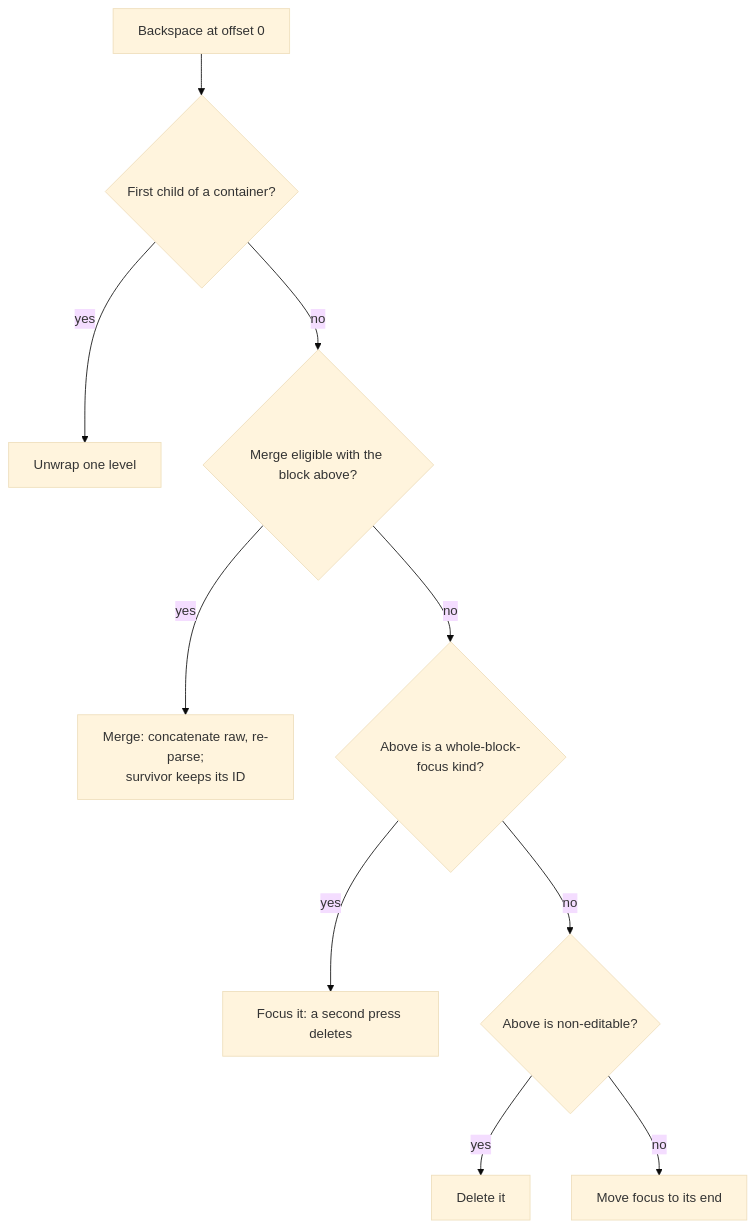
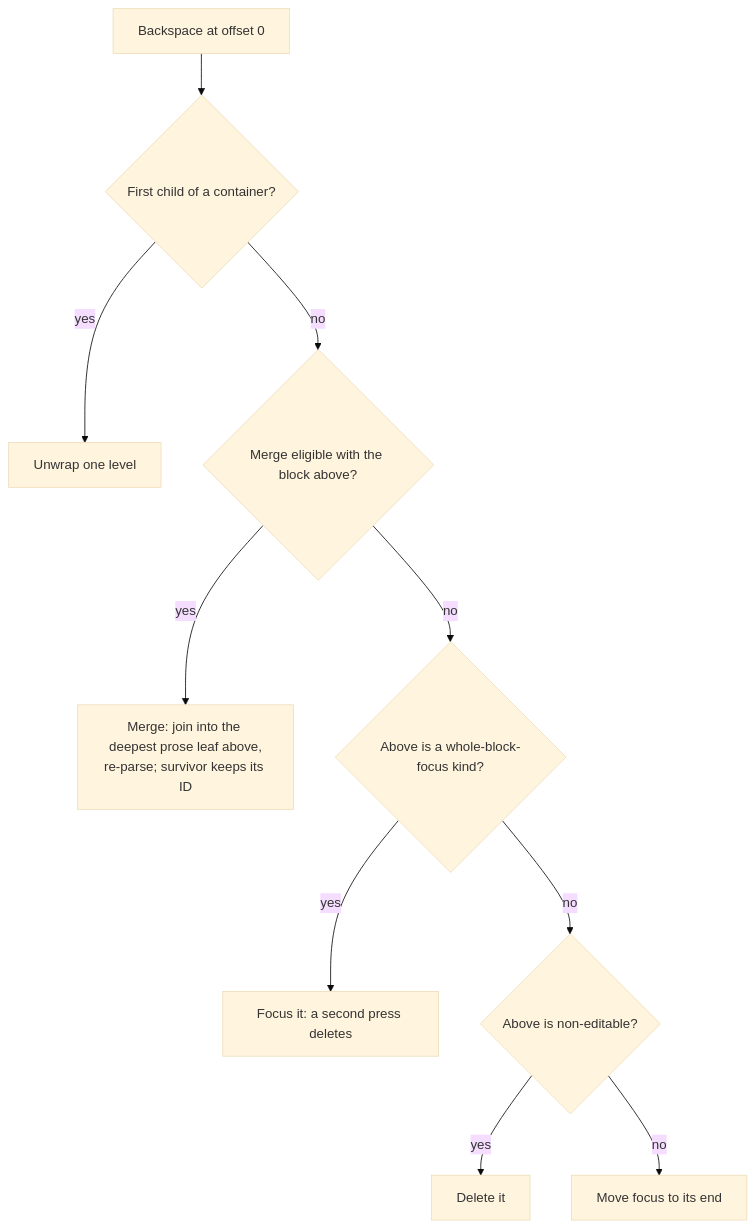
One commit to voithos-labs/aragonite changed the diagram in docs/design/editor.md. Above: the diagram before and after it, drawn with Mermaid (base theme). The commit also changed other lines of this file and 5 other files, not shown here.

Commit message:
@ (tree-ops) guard, simulation row and docs for one join into a leaf

````diff
--- a/docs/design/editor.md
+++ b/docs/design/editor.md
@@ -434,12 +434,12 @@
 ```mermaid
 flowchart TD
     A["Backspace at offset 0"] --> B{"First child of a container?"}
     B -->|yes| C["Unwrap one level"]
     B -->|no| D{"Merge eligible with the block above?"}
-    D -->|yes| E["Merge: concatenate raw, re-parse;<br/>survivor keeps its ID"]
+    D -->|yes| E["Merge: join into the deepest prose leaf above,<br/>re-parse; survivor keeps its ID"]
     D -->|no| F{"Above is a whole-block-focus kind?"}
     F -->|yes| G["Focus it: a second press deletes"]
     F -->|no| H{"Above is non-editable?"}
     H -->|yes| I["Delete it"]
     H -->|no| J["Move focus to its end"]
 ```
````
